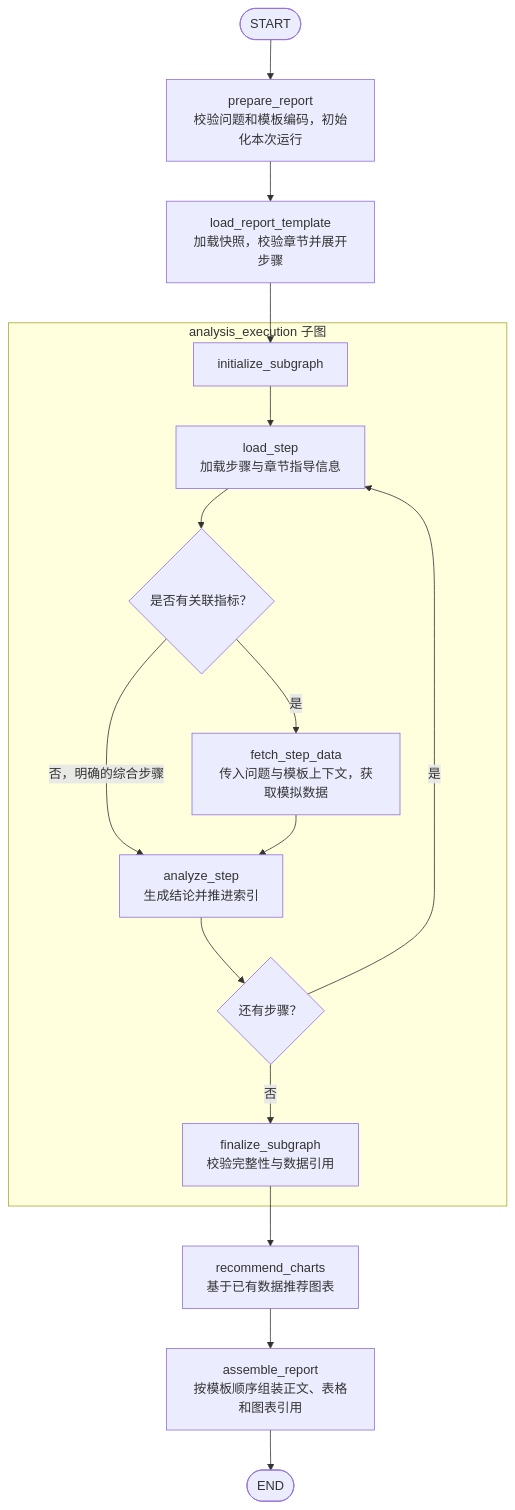
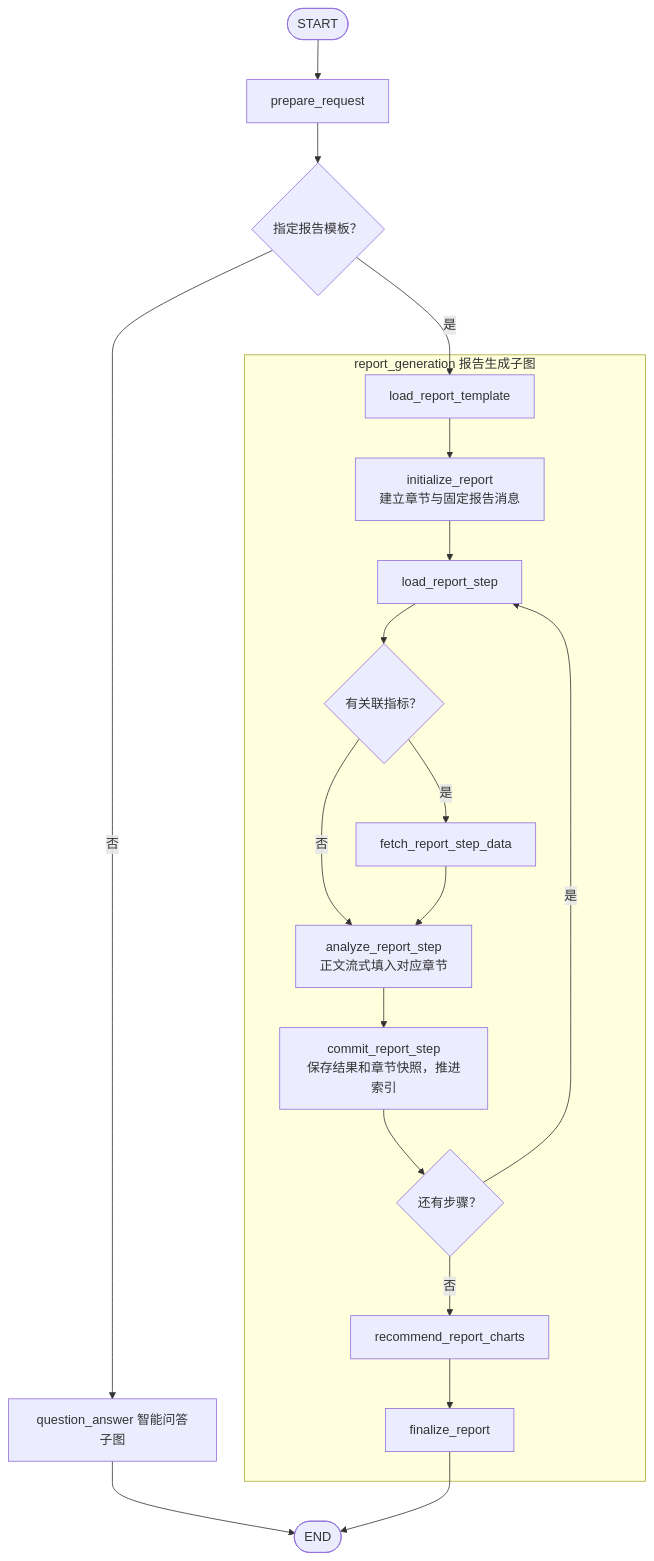
One commit to Cheng-xiaozhen/Life-Insurance-Business-Analysis-Assistant changed the diagram in docs/报告生成功能9.30.md. Above: the diagram before and after it, drawn with Mermaid. The commit also changed other lines of this file and 69 other files, not shown here.

Commit message:
按图的归属整理文件目录

````diff
--- a/docs/报告生成功能9.30.md
+++ b/docs/报告生成功能9.30.md
@@ -46,21 +46,22 @@
 ```mermaid
 flowchart TD
-    Start([START]) --> Prepare[prepare_report<br/>校验问题和模板编码，初始化本次运行]
-    Prepare --> Template[load_report_template<br/>加载快照，校验章节并展开步骤]
-    Template --> Init
-
-    subgraph Analysis [analysis_execution 子图]
-        Init[initialize_subgraph] --> Load[load_step<br/>加载步骤与章节指导信息]
-        Load --> NeedData{是否有关联指标？}
-        NeedData -->|是| Fetch[fetch_step_data<br/>传入问题与模板上下文，获取模拟数据]
-        NeedData -->|否，明确的综合步骤| Analyze[analyze_step<br/>生成结论并推进索引]
+    Start([START]) --> Prepare[prepare_request]
+    Prepare --> Route{指定报告模板？}
+    Route -->|否| QA[question_answer 智能问答子图]
+    Route -->|是| Load
+    subgraph Report [report_generation 报告生成子图]
+        Load[load_report_template] --> Init[initialize_report<br/>建立章节与固定报告消息]
+        Init --> Step[load_report_step]
+        Step --> Need{有关联指标？}
+        Need -->|是| Fetch[fetch_report_step_data]
+        Need -->|否| Analyze[analyze_report_step<br/>正文流式填入对应章节]
         Fetch --> Analyze
-        Analyze --> More{还有步骤？}
-        More -->|是| Load
-        More -->|否| Finalize[finalize_subgraph<br/>校验完整性与数据引用]
+        Analyze --> Commit[commit_report_step<br/>保存结果和章节快照，推进索引]
+        Commit --> More{还有步骤？}
+        More -->|是| Step
+        More -->|否| Charts[recommend_report_charts]
+        Charts --> Finish[finalize_report]
     end
-
-    Finalize --> Charts[recommend_charts<br/>基于已有数据推荐图表]
-    Charts --> Assemble[assemble_report<br/>按模板顺序组装正文、表格和图表引用]
-    Assemble --> End([END])
+    QA --> End([END])
+    Finish --> End
 ```
````
